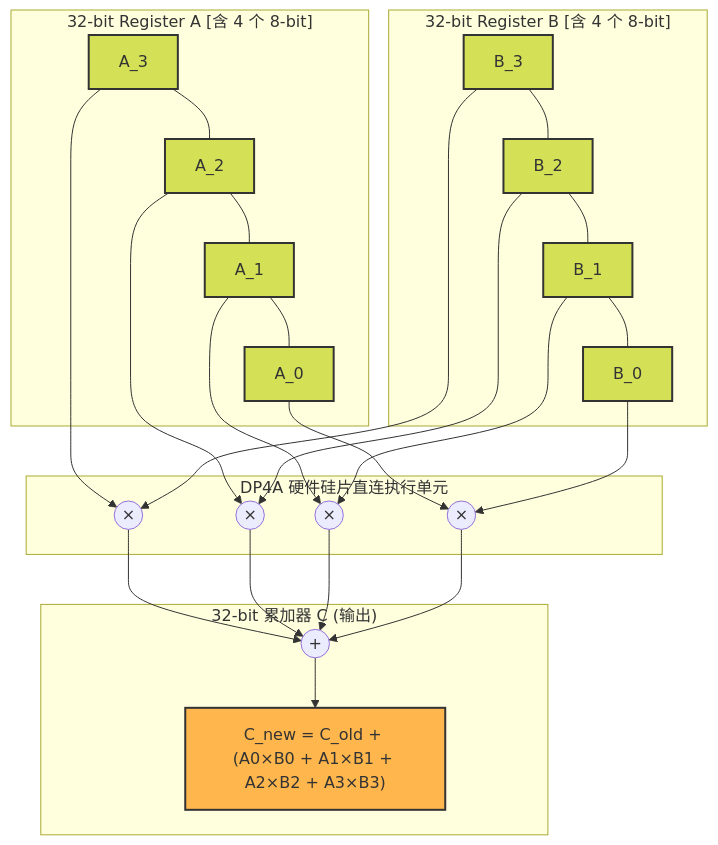
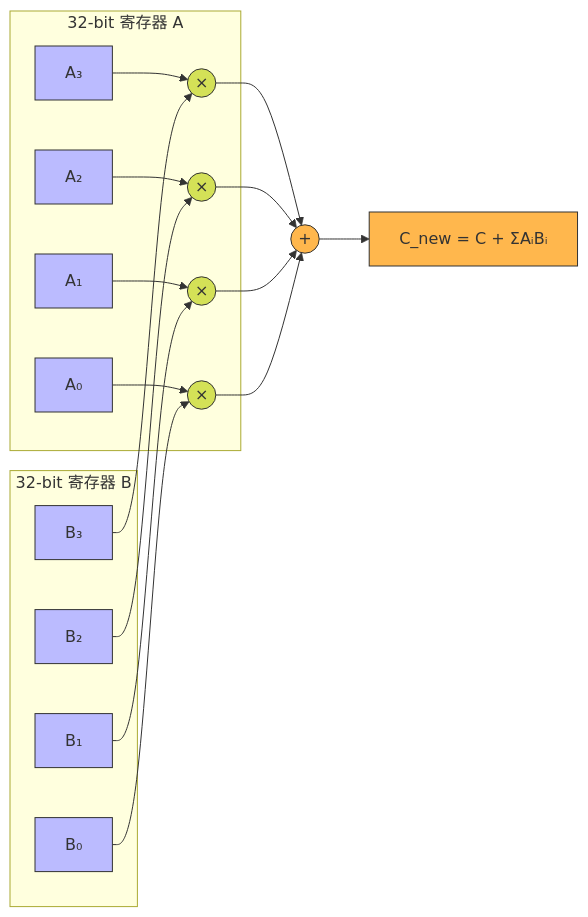
Before and after one commit to psmarter/CUDA-Practice: the first of 2 diagrams in Blogs/07_Quantization_FP16_INT8_dp4a.md, drawn with Mermaid. The commit also changed other lines of this file and 21 other files, not shown here.

````diff
--- a/Blogs/07_Quantization_FP16_INT8_dp4a.md
+++ b/Blogs/07_Quantization_FP16_INT8_dp4a.md
@@ -50,33 +63,27 @@
 ```mermaid
-graph TD
-    classDef reg32 fill:#bbf,stroke:#333,stroke-width:2px;
-    classDef reg8 fill:#d4e157,stroke:#333,stroke-width:2px;
-    classDef acc fill:#ffb74d,stroke:#333,stroke-width:2px;
+graph LR
+    classDef reg fill:#bbf,stroke:#333;
+    classDef mul fill:#d4e157,stroke:#333;
+    classDef acc fill:#ffb74d,stroke:#333;
 
-    subgraph "32-bit Register A [含 4 个 8-bit]"
-        A3[A_3]:::reg8 --- A2[A_2]:::reg8 --- A1[A_1]:::reg8 --- A0[A_0]:::reg8
+    subgraph "32-bit 寄存器 A"
+        A3["A₃"]:::reg --> M3
+        A2["A₂"]:::reg --> M2
+        A1["A₁"]:::reg --> M1
+        A0["A₀"]:::reg --> M0
     end
 
-    subgraph "32-bit Register B [含 4 个 8-bit]"
-        B3[B_3]:::reg8 --- B2[B_2]:::reg8 --- B1[B_1]:::reg8 --- B0[B_0]:::reg8
+    subgraph "32-bit 寄存器 B"
+        B3["B₃"]:::reg --> M3
+        B2["B₂"]:::reg --> M2
+        B1["B₁"]:::reg --> M1
+        B0["B₀"]:::reg --> M0
     end
 
-    subgraph "DP4A 硬件硅片直连执行单元"
-        M3((×))
-        M2((×))
-        M1((×))
-        M0((×))
-    end
+    M3((×)):::mul --> SUM
+    M2((×)):::mul --> SUM
+    M1((×)):::mul --> SUM
+    M0((×)):::mul --> SUM
 
-    subgraph "32-bit 累加器 C (输出)"
-        Add((+))
-        C_out["C_new = C_old + \n(A0×B0 + A1×B1 + A2×B2 + A3×B3)"]:::acc
-    end
-
-    A3 --> M3; B3 --> M3; M3 --> Add
-    A2 --> M2; B2 --> M2; M2 --> Add
-    A1 --> M1; B1 --> M1; M1 --> Add
-    A0 --> M0; B0 --> M0; M0 --> Add
-    
-    Add --> C_out
+    SUM(("+")):::acc --> C["C_new = C + ΣAᵢBᵢ"]:::acc
 ```
````
